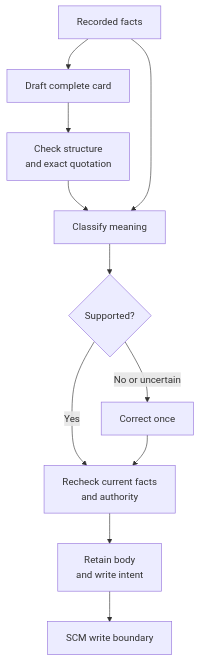
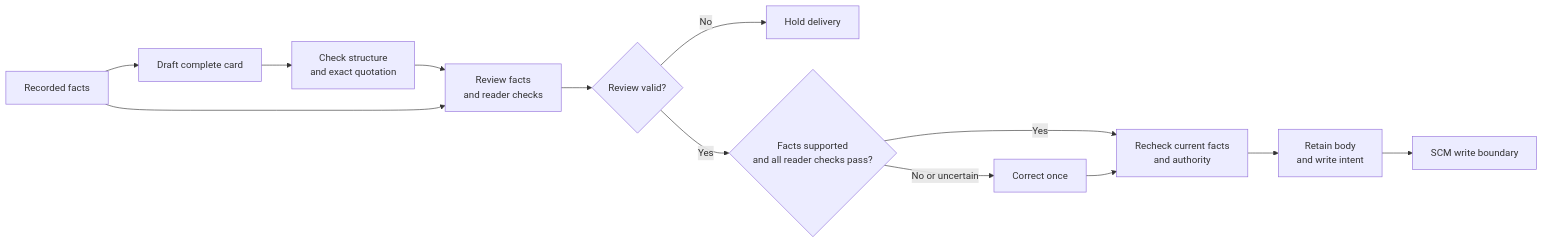
Diagram 13 of 14 in docs/architecture.md (fireflyframework/firefly-forge), drawn with Mermaid before and after one commit. The commit also changed other lines of this file and 17 other files, not shown here.

````diff
--- a/docs/architecture.md
+++ b/docs/architecture.md
@@ -767,13 +767,15 @@
 ```mermaid
-flowchart TB
+flowchart LR
     F["Recorded facts"] --> W["Draft complete card"]
     W --> N["Check structure<br/>and exact quotation"]
-    N --> R["Classify meaning"]
+    N --> R["Review facts<br/>and reader checks"]
     F --> R
-    R --> V{"Supported?"}
+    R --> Q{"Review valid?"}
+    Q -->|No| H["Hold delivery"]
+    Q -->|Yes| V{"Facts supported<br/>and all reader checks pass?"}
     V -->|Yes| C["Recheck current facts<br/>and authority"]
     V -->|No or uncertain| B["Correct once"]
     B --> C
     C --> I["Retain body<br/>and write intent"]
     I --> P["SCM write boundary"]
 ```
````
